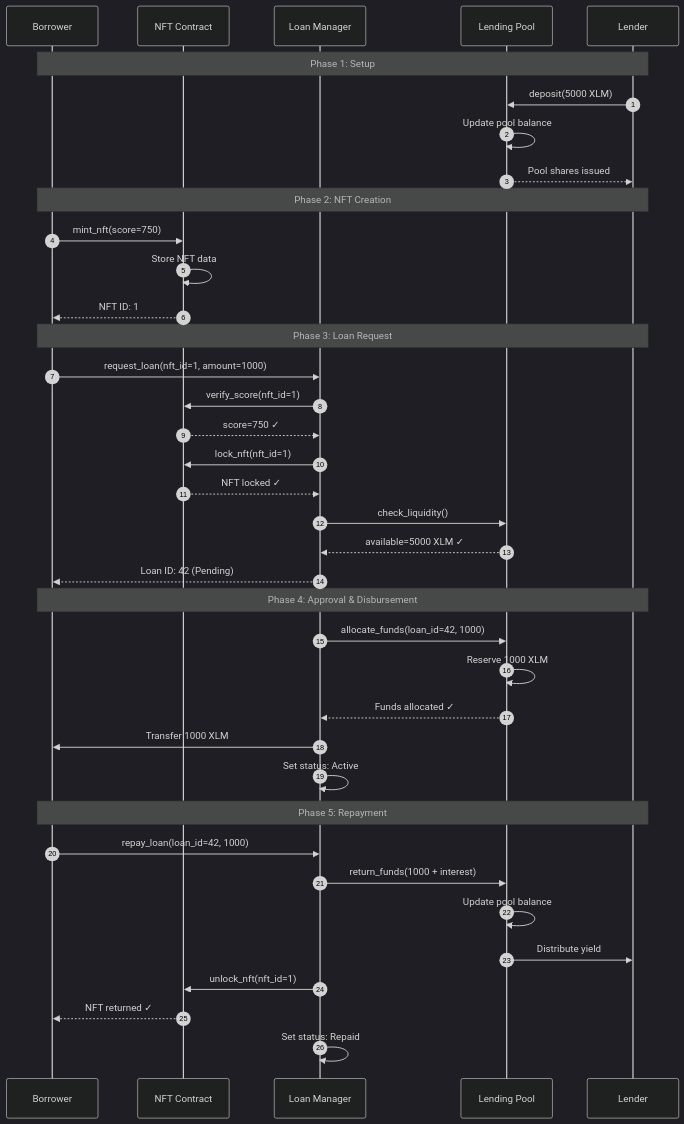
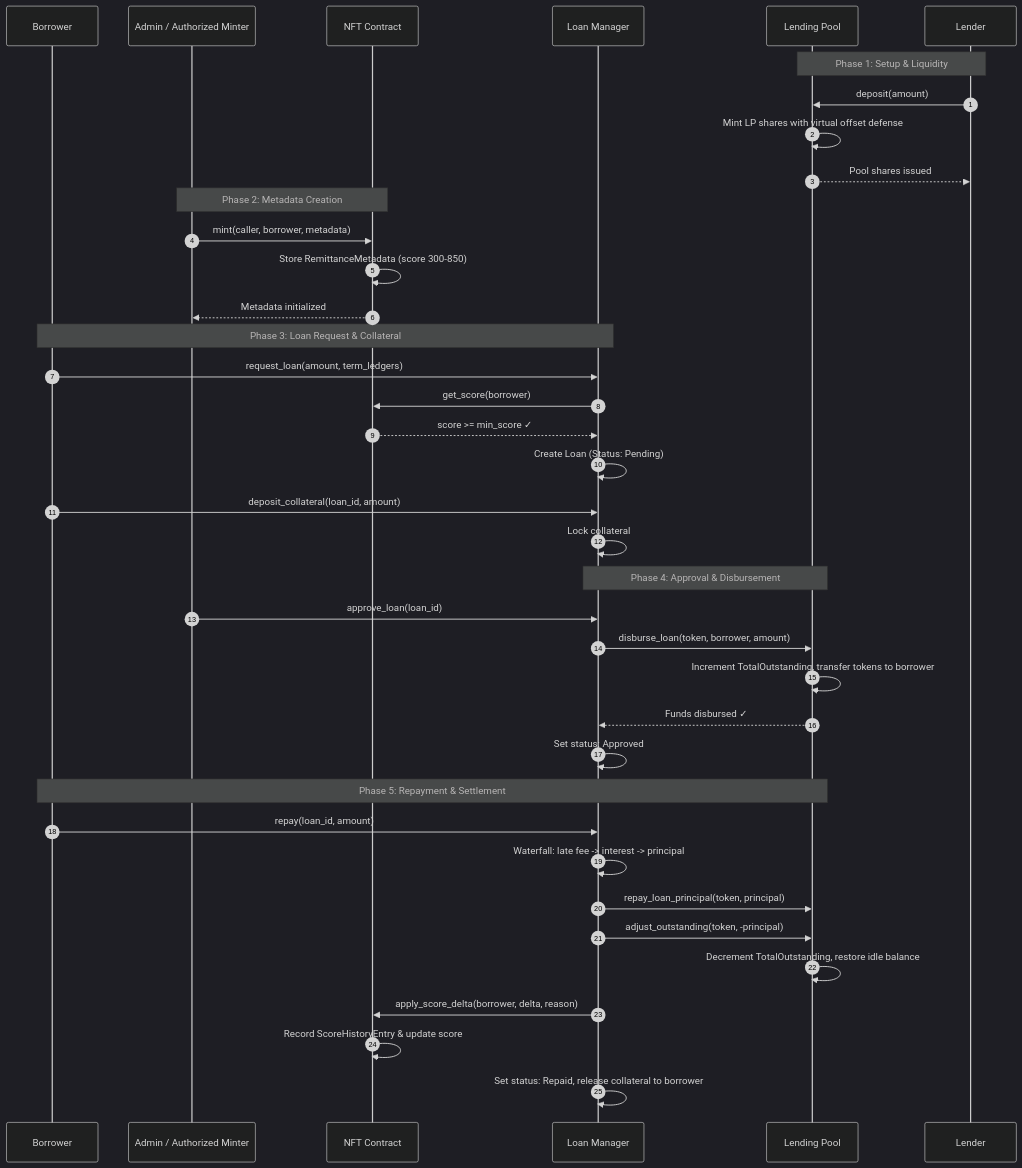
Before and after one commit to LabsCrypt/remitlend: diagram 11 of 20 in ARCHITECTURE.md, drawn with Mermaid (dark theme). The commit also changed other lines of this file and 12 other files, not shown here.

````diff
--- a/ARCHITECTURE.md
+++ b/ARCHITECTURE.md
@@ -585,45 +591,45 @@
 ```mermaid
 sequenceDiagram
     autonumber
     participant B as Borrower
+    participant M as Admin / Authorized Minter
     participant NFT as NFT Contract
     participant LM as Loan Manager
     participant LP as Lending Pool
     participant L as Lender
     
-    Note over B,L: Phase 1: Setup
-    L->>LP: deposit(5000 XLM)
-    LP->>LP: Update pool balance
+    Note over L,LP: Phase 1: Setup & Liquidity
+    L->>LP: deposit(amount)
+    LP->>LP: Mint LP shares with virtual offset defense
     LP-->>L: Pool shares issued
     
-    Note over B,L: Phase 2: NFT Creation
-    B->>NFT: mint_nft(score=750)
-    NFT->>NFT: Store NFT data
-    NFT-->>B: NFT ID: 1
+    Note over M,NFT: Phase 2: Metadata Creation
+    M->>NFT: mint(caller, borrower, metadata)
+    NFT->>NFT: Store RemittanceMetadata (score 300-850)
+    NFT-->>M: Metadata initialized
     
-    Note over B,L: Phase 3: Loan Request
-    B->>LM: request_loan(nft_id=1, amount=1000)
-    LM->>NFT: verify_score(nft_id=1)
-    NFT-->>LM: score=750 ✓
-    LM->>NFT: lock_nft(nft_id=1)
-    NFT-->>LM: NFT locked ✓
-    LM->>LP: check_liquidity()
-    LP-->>LM: available=5000 XLM ✓
-    LM-->>B: Loan ID: 42 (Pending)
+    Note over B,LM: Phase 3: Loan Request & Collateral
+    B->>LM: request_loan(amount, term_ledgers)
+    LM->>NFT: get_score(borrower)
+    NFT-->>LM: score >= min_score ✓
+    LM->>LM: Create Loan (Status: Pending)
+    B->>LM: deposit_collateral(loan_id, amount)
+    LM->>LM: Lock collateral
     
-    Note over B,L: Phase 4: Approval & Disbursement
-    LM->>LP: allocate_funds(loan_id=42, 1000)
-    LP->>LP: Reserve 1000 XLM
-    LP-->>LM: Funds allocated ✓
-    LM->>B: Transfer 1000 XLM
-    LM->>LM: Set status: Active
+    Note over LM,LP: Phase 4: Approval & Disbursement
+    M->>LM: approve_loan(loan_id)
+    LM->>LP: disburse_loan(token, borrower, amount)
+    LP->>LP: Increment TotalOutstanding, transfer tokens to borrower
+    LP-->>LM: Funds disbursed ✓
+    LM->>LM: Set status: Approved
     
-    Note over B,L: Phase 5: Repayment
-    B->>LM: repay_loan(loan_id=42, 1000)
-    LM->>LP: return_funds(1000 + interest)
-    LP->>LP: Update pool balance
-    LP->>L: Distribute yield
-    LM->>NFT: unlock_nft(nft_id=1)
-    NFT-->>B: NFT returned ✓
-    LM->>LM: Set status: Repaid
+    Note over B,LP: Phase 5: Repayment & Settlement
+    B->>LM: repay(loan_id, amount)
+    LM->>LM: Waterfall: late fee -> interest -> principal
+    LM->>LP: repay_loan_principal(token, principal)
+    LM->>LP: adjust_outstanding(token, -principal)
+    LP->>LP: Decrement TotalOutstanding, restore idle balance
+    LM->>NFT: apply_score_delta(borrower, delta, reason)
+    NFT->>NFT: Record ScoreHistoryEntry & update score
+    LM->>LM: Set status: Repaid, release collateral to borrower
 ```
````
